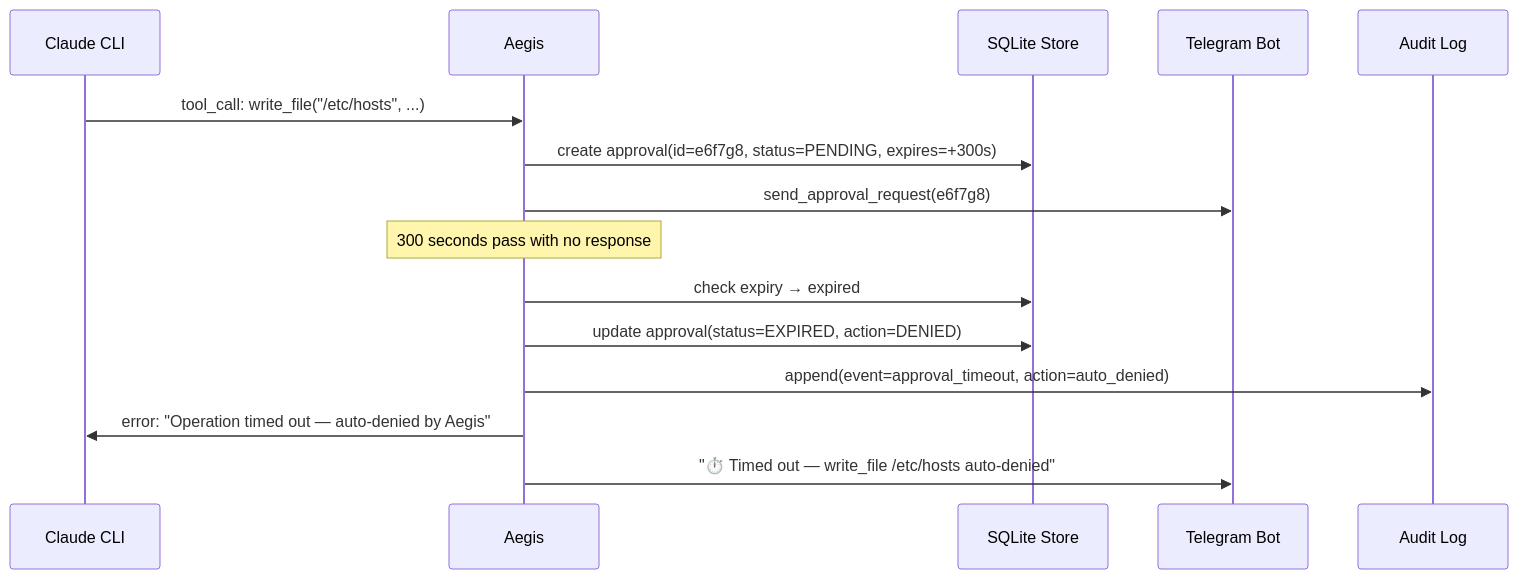
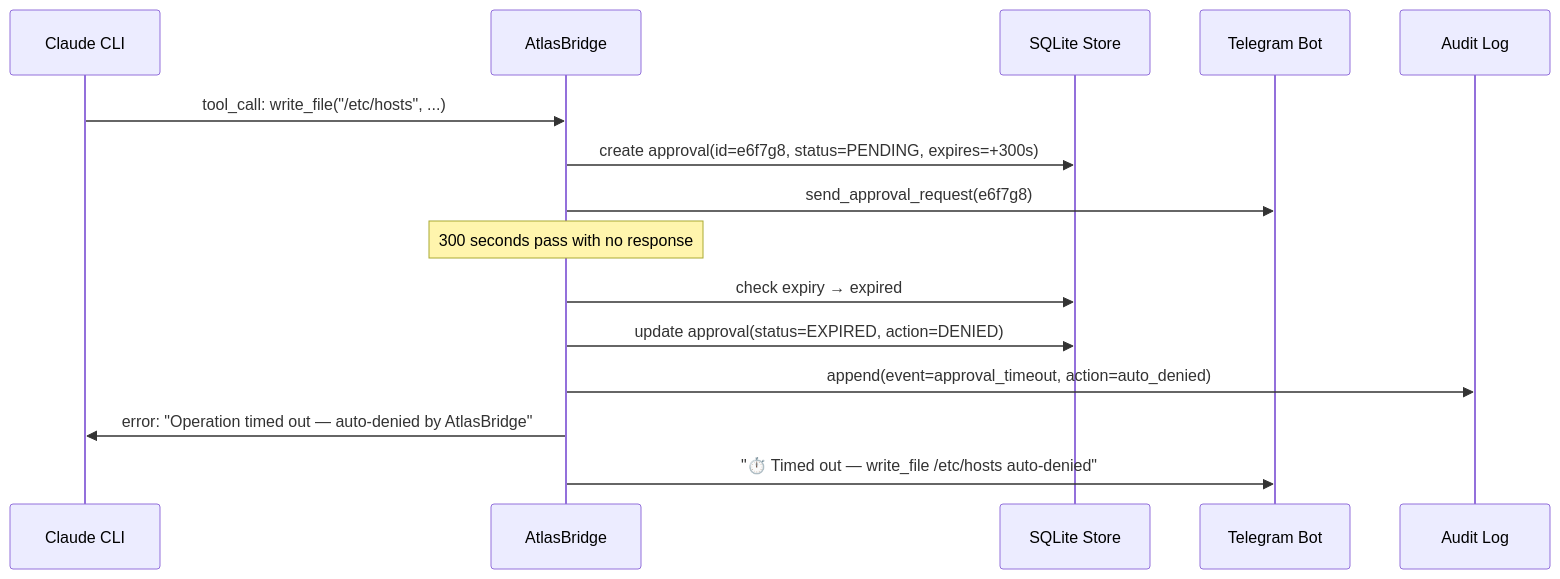
Before and after one commit to abdulraoufatia/aegis-cli: the fourth of 8 diagrams in docs/tool-interception-design.md, drawn with Mermaid. The commit also changed other lines of this file and 171 other files, not shown here.

First line of the commit message:
chore: rename project Aegis → AtlasBridge

````diff
--- a/docs/tool-interception-design.md
+++ b/docs/tool-interception-design.md
@@ -235,20 +235,20 @@
 ```mermaid
 sequenceDiagram
     participant C as Claude CLI
-    participant A as Aegis
+    participant A as AtlasBridge
     participant DB as SQLite Store
     participant T as Telegram Bot
     participant AL as Audit Log
 
     C->>A: tool_call: write_file("/etc/hosts", ...)
     A->>DB: create approval(id=e6f7g8, status=PENDING, expires=+300s)
     A->>T: send_approval_request(e6f7g8)
 
     Note over A: 300 seconds pass with no response
 
     A->>DB: check expiry → expired
     A->>DB: update approval(status=EXPIRED, action=DENIED)
     A->>AL: append(event=approval_timeout, action=auto_denied)
-    A->>C: error: "Operation timed out — auto-denied by Aegis"
+    A->>C: error: "Operation timed out — auto-denied by AtlasBridge"
     A->>T: "⏱️ Timed out — write_file /etc/hosts auto-denied"
 ```
````
